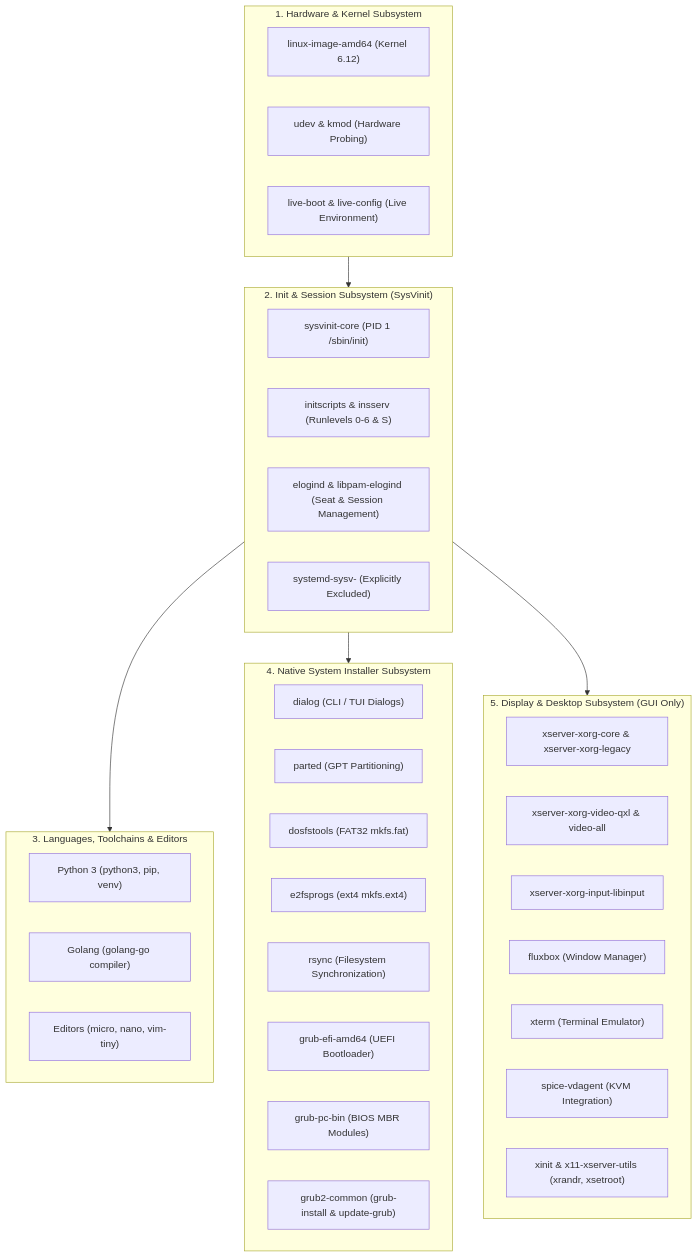
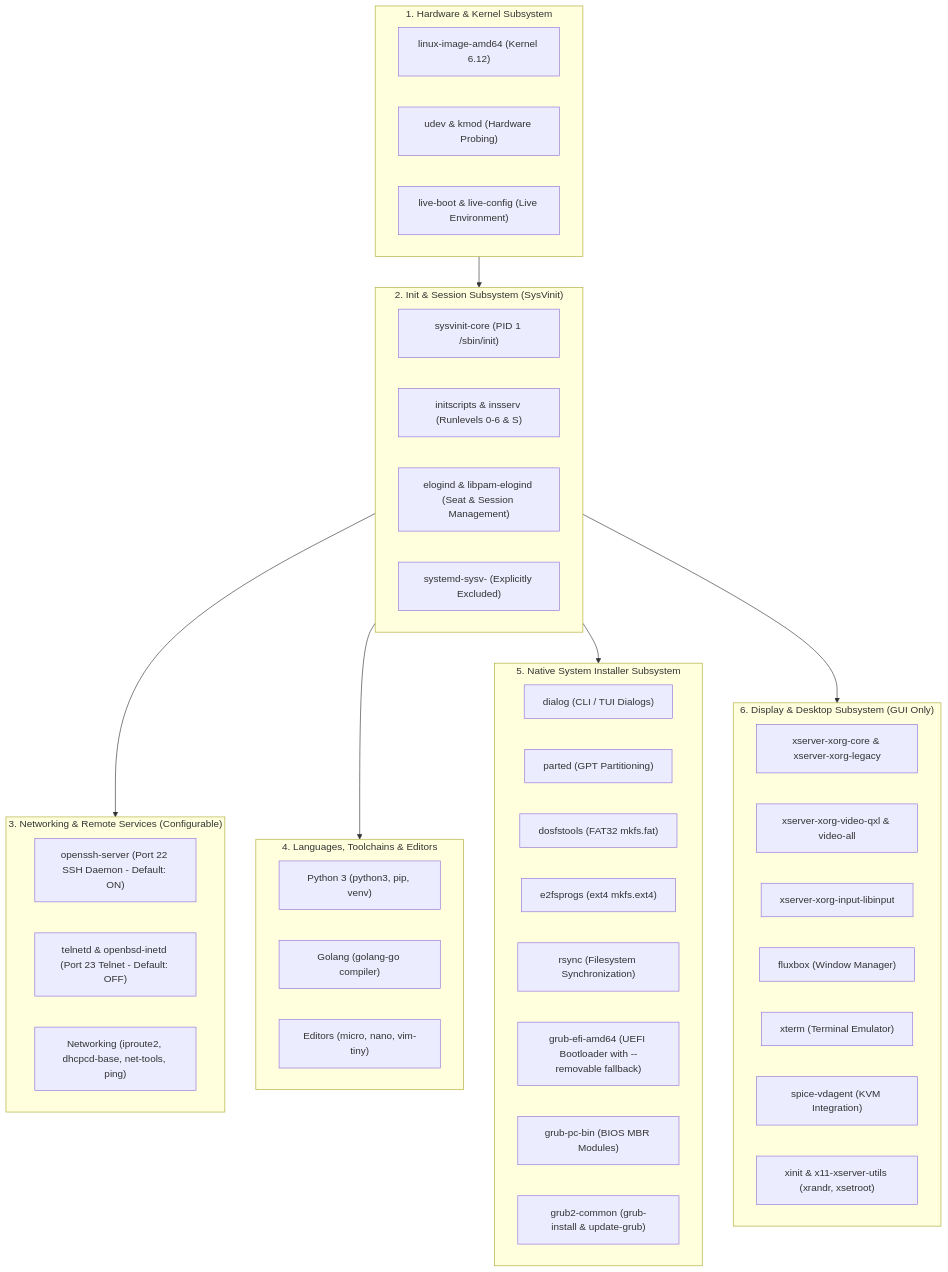
The first of 4 diagrams in docs/architecture/system-dependency-and-execution-flow.md (arthurgray2k/XedraLinux), drawn with Mermaid before and after one commit. The commit also changed other lines of this file and 10 other files, not shown here.

Commit message:
Release 0.4.2: Configurable SSH & Telnet services, interactive installer user setup, live user purging, and updated branding

````diff
--- a/docs/architecture/system-dependency-and-execution-flow.md
+++ b/docs/architecture/system-dependency-and-execution-flow.md
@@ -9,47 +9,54 @@
 ```mermaid
 graph TD
     subgraph Base_Hardware ["1. Hardware & Kernel Subsystem"]
         K1["linux-image-amd64 (Kernel 6.12)"]
         K2["udev & kmod (Hardware Probing)"]
         K3["live-boot & live-config (Live Environment)"]
     end
 
     subgraph Init_Subsystem ["2. Init & Session Subsystem (SysVinit)"]
         I1["sysvinit-core (PID 1 /sbin/init)"]
         I2["initscripts & insserv (Runlevels 0-6 & S)"]
         I3["elogind & libpam-elogind (Seat & Session Management)"]
         I4["systemd-sysv- (Explicitly Excluded)"]
     end
 
-    subgraph Userland_Tools ["3. Languages, Toolchains & Editors"]
+    subgraph Services_Subsystem ["3. Networking & Remote Services (Configurable)"]
+        S1["openssh-server (Port 22 SSH Daemon - Default: ON)"]
+        S2["telnetd & openbsd-inetd (Port 23 Telnet - Default: OFF)"]
+        S3["Networking (iproute2, dhcpcd-base, net-tools, ping)"]
+    end
+
+    subgraph Userland_Tools ["4. Languages, Toolchains & Editors"]
         T1["Python 3 (python3, pip, venv)"]
         T2["Golang (golang-go compiler)"]
         T3["Editors (micro, nano, vim-tiny)"]
     end
 
-    subgraph Disk_Installer ["4. Native System Installer Subsystem"]
+    subgraph Disk_Installer ["5. Native System Installer Subsystem"]
         D1["dialog (CLI / TUI Dialogs)"]
         D2["parted (GPT Partitioning)"]
         D3["dosfstools (FAT32 mkfs.fat)"]
         D4["e2fsprogs (ext4 mkfs.ext4)"]
         D5["rsync (Filesystem Synchronization)"]
-        D6["grub-efi-amd64 (UEFI Bootloader)"]
+        D6["grub-efi-amd64 (UEFI Bootloader with --removable fallback)"]
         D7["grub-pc-bin (BIOS MBR Modules)"]
         D8["grub2-common (grub-install & update-grub)"]
     end
 
-    subgraph GUI_Desktop ["5. Display & Desktop Subsystem (GUI Only)"]
+    subgraph GUI_Desktop ["6. Display & Desktop Subsystem (GUI Only)"]
         G1["xserver-xorg-core & xserver-xorg-legacy"]
         G2["xserver-xorg-video-qxl & video-all"]
         G3["xserver-xorg-input-libinput"]
         G4["fluxbox (Window Manager)"]
         G5["xterm (Terminal Emulator)"]
         G6["spice-vdagent (KVM Integration)"]
         G7["xinit & x11-xserver-utils (xrandr, xsetroot)"]
     end
 
     Base_Hardware --> Init_Subsystem
+    Init_Subsystem --> Services_Subsystem
     Init_Subsystem --> Userland_Tools
     Init_Subsystem --> Disk_Installer
     Init_Subsystem --> GUI_Desktop
 ```
````
